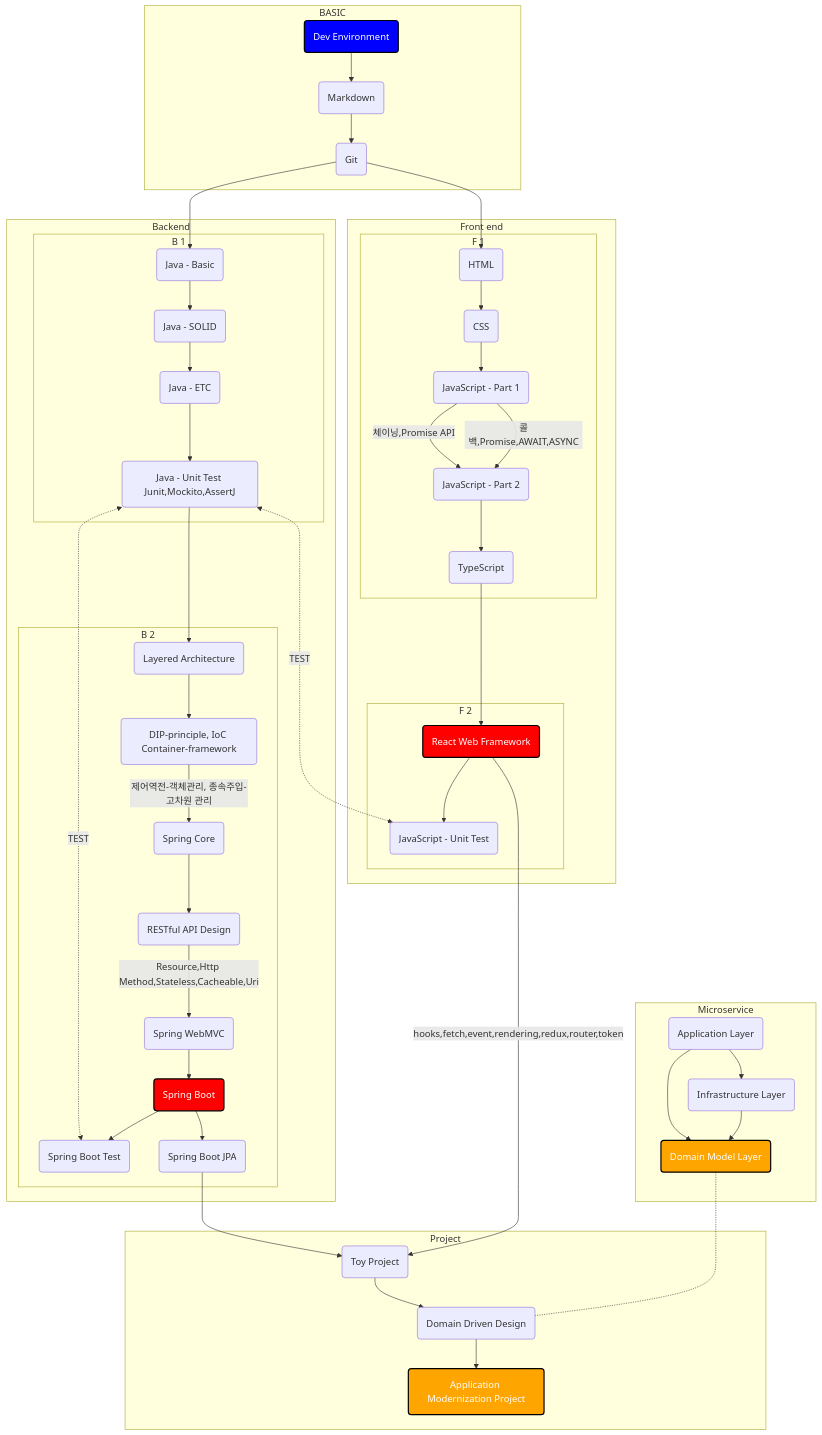
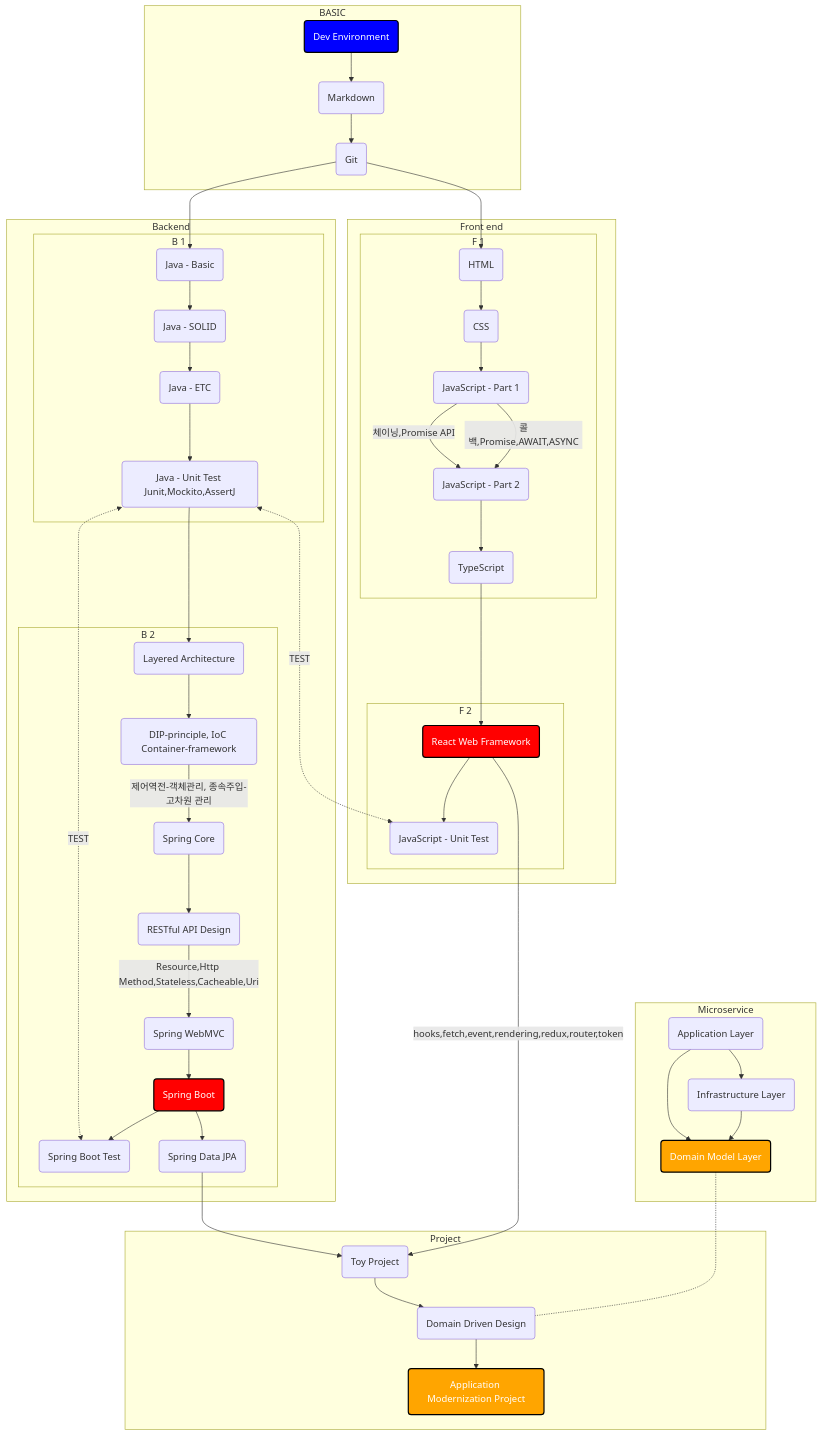
The first of 2 diagrams in README.md (HankJoo/HankJoo), drawn with Mermaid before and after one commit. The commit also changed other lines of this file, not shown here.

```diff
--- a/README.md
+++ b/README.md
@@ -40,7 +40,7 @@
             B9(Spring WebMVC)
             B10(Spring Boot):::red
             B11(Spring Boot Test) 
-            B12(Spring Boot JPA)
+            B12(Spring Data JPA)
             
             B5-->B6-->|제어역전-객체관리, 종속주입-고차원 관리|B7
             B7-->B8-->|Resource,Http Method,Stateless,Cacheable,Uri|B9-->B10-->B12
```
